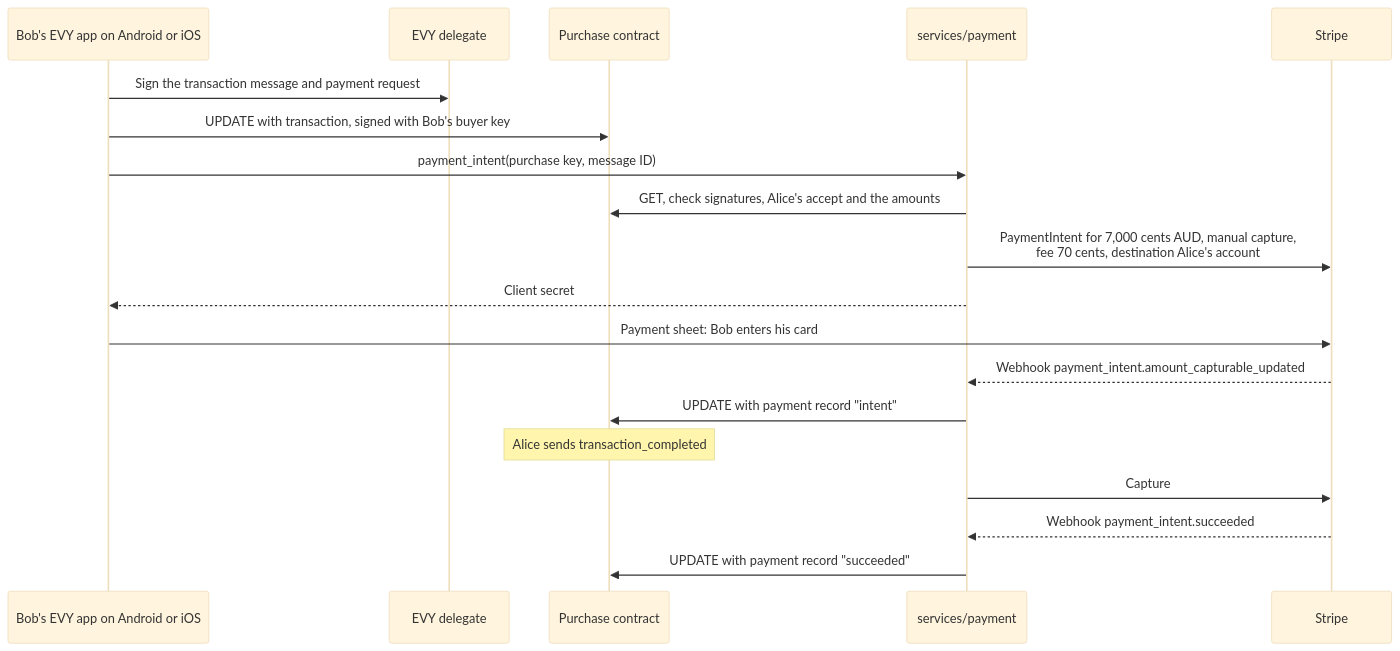
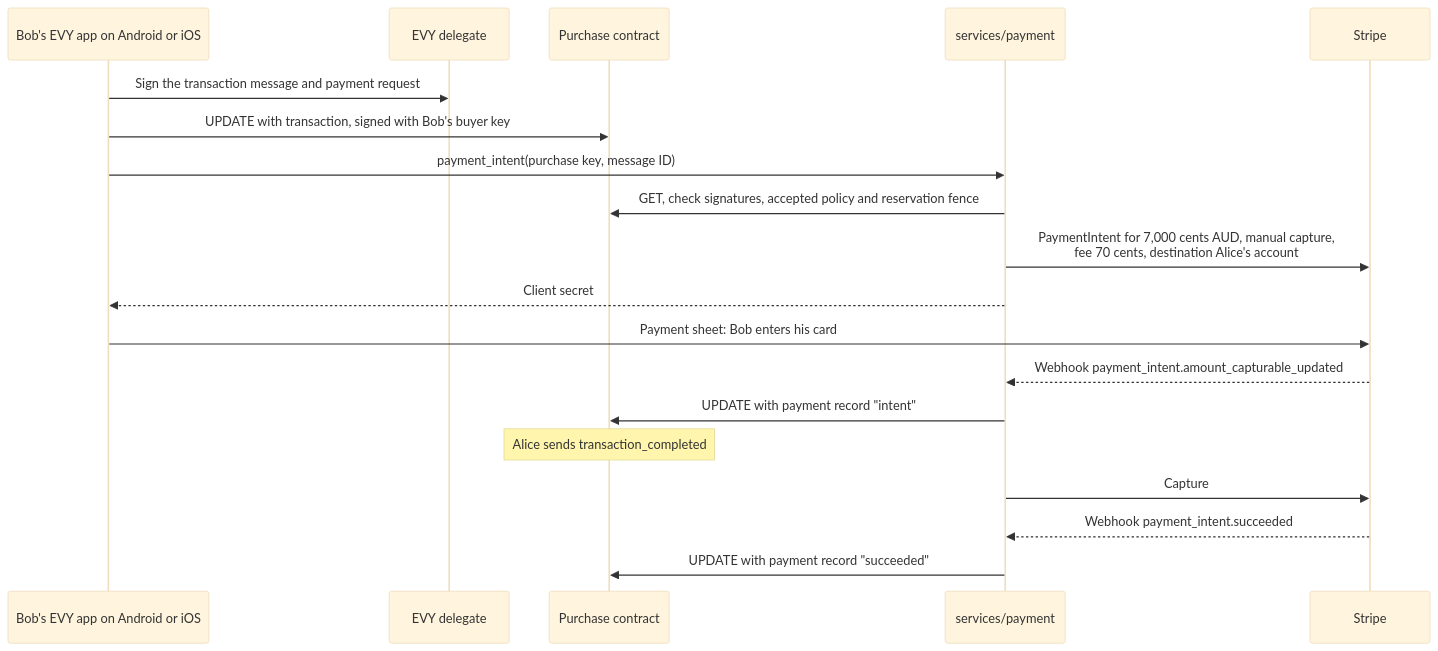
One commit to EVY-Platform/evy-freenet-plans changed the diagram in 2-evy-on-freenet/06-payments.md. Above: the diagram before and after it, drawn with Mermaid (base theme). The commit also changed other lines of this file and 35 other files, not shown here.

````diff
--- a/2-evy-on-freenet/06-payments.md
+++ b/2-evy-on-freenet/06-payments.md
@@ -94,21 +40,21 @@
 ```mermaid
 sequenceDiagram
     participant App as Bob's EVY app on Android or iOS
     participant Del as EVY delegate
     participant P as Purchase contract
     participant Pay as services/payment
     participant S as Stripe
     App->>Del: Sign the transaction message and payment request
     App->>P: UPDATE with transaction, signed with Bob's buyer key
     App->>Pay: payment_intent(purchase key, message ID)
-    Pay->>P: GET, check signatures, Alice's accept and the amounts
+    Pay->>P: GET, check signatures, accepted policy and reservation fence
     Pay->>S: PaymentIntent for 7,000 cents AUD, manual capture,<br>fee 70 cents, destination Alice's account
     Pay-->>App: Client secret
     App->>S: Payment sheet: Bob enters his card
     S-->>Pay: Webhook payment_intent.amount_capturable_updated
     Pay->>P: UPDATE with payment record "intent"
     Note over P: Alice sends transaction_completed
     Pay->>S: Capture
     S-->>Pay: Webhook payment_intent.succeeded
     Pay->>P: UPDATE with payment record "succeeded"
 ```
````
